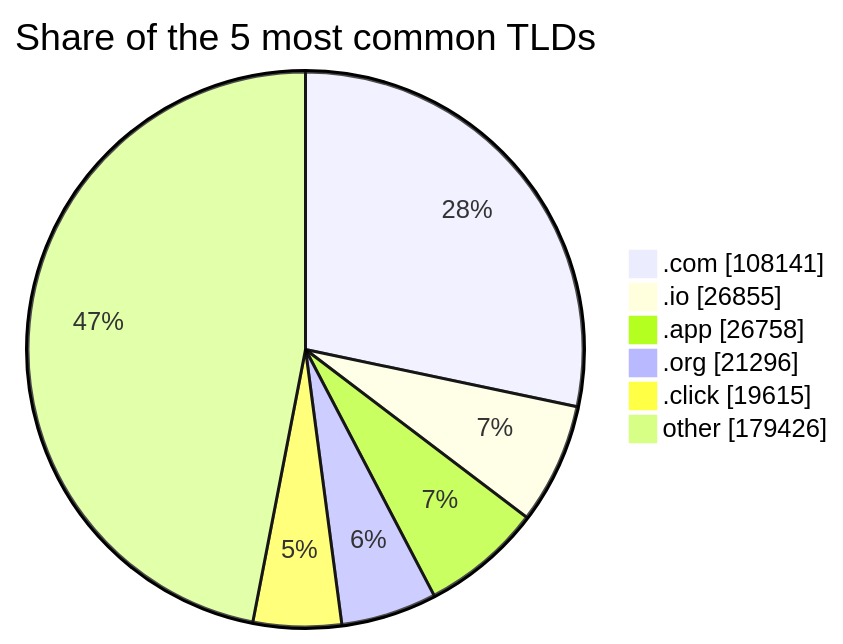
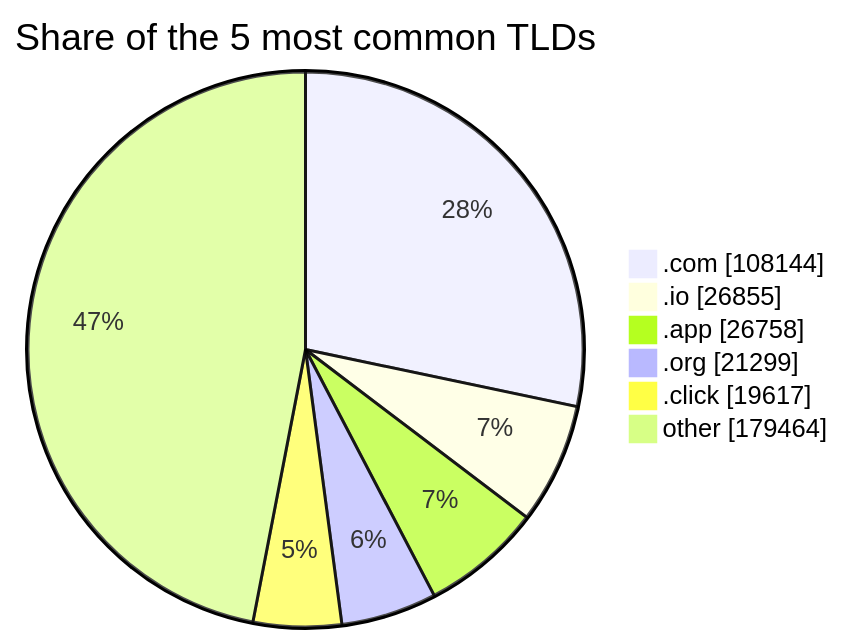
Before and after one commit to DNSBunker/CTI: the third of 3 diagrams in README.md, drawn with Mermaid. The commit also changed other lines of this file and 3 other files, not shown here.

````diff
--- a/README.md
+++ b/README.md
@@ -81,9 +81,9 @@
 ```mermaid
 pie showData title Share of the 5 most common TLDs
-    ".com" : 108141
+    ".com" : 108144
     ".io" : 26855
     ".app" : 26758
-    ".org" : 21296
-    ".click" : 19615
-    "other" : 179426
+    ".org" : 21299
+    ".click" : 19617
+    "other" : 179464
 ```
````
